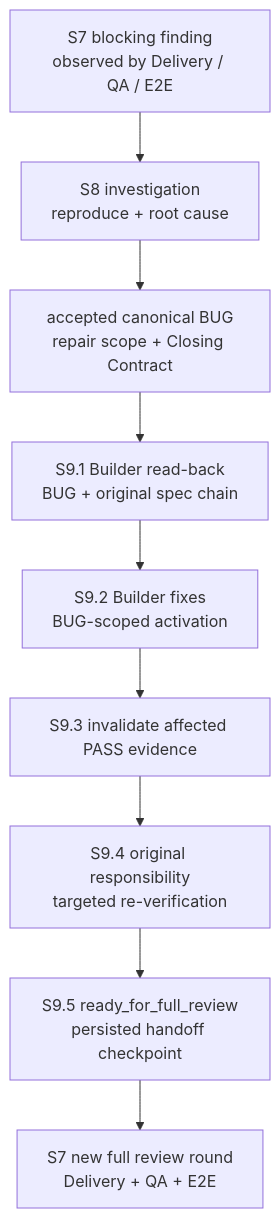
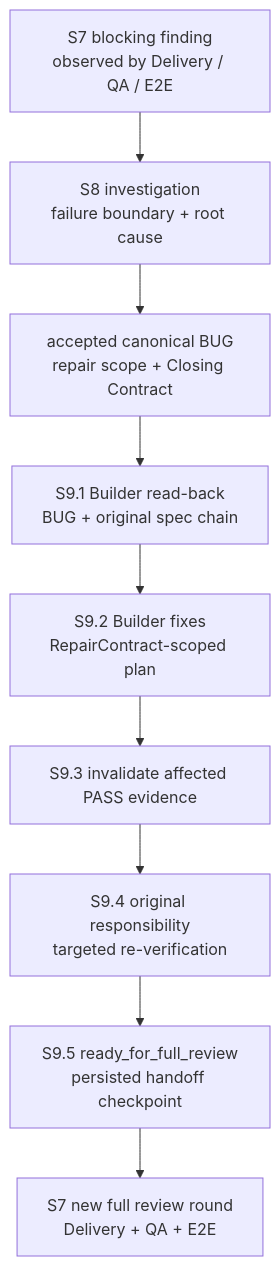
Before and after one commit to Sebs-Lee/go-system-builder: the second of 2 diagrams in docs/agent-protocol.md, drawn with Mermaid. The commit also changed other lines of this file and 43 other files, not shown here.

````diff
--- a/docs/agent-protocol.md
+++ b/docs/agent-protocol.md
@@ -374,14 +460,14 @@
   ```mermaid
   flowchart TD
       FINDING["S7 blocking finding<br/>observed by Delivery / QA / E2E"]
-      INVESTIGATE["S8 investigation<br/>reproduce + root cause"]
+      INVESTIGATE["S8 investigation<br/>failure boundary + root cause"]
       BUG["accepted canonical BUG<br/>repair scope + Closing Contract"]
       READBACK["S9.1 Builder read-back<br/>BUG + original spec chain"]
-      FIX["S9.2 Builder fixes<br/>BUG-scoped activation"]
+      FIX["S9.2 Builder fixes<br/>RepairContract-scoped plan"]
       INVALIDATE["S9.3 invalidate affected PASS evidence"]
       TARGET["S9.4 original responsibility<br/>targeted re-verification"]
       HANDOFF["S9.5 ready_for_full_review<br/>persisted handoff checkpoint"]
       REVIEW["S7 new full review round<br/>Delivery + QA + E2E"]
 
       FINDING --> INVESTIGATE --> BUG --> READBACK --> FIX --> INVALIDATE --> TARGET --> HANDOFF --> REVIEW
   ```
````
